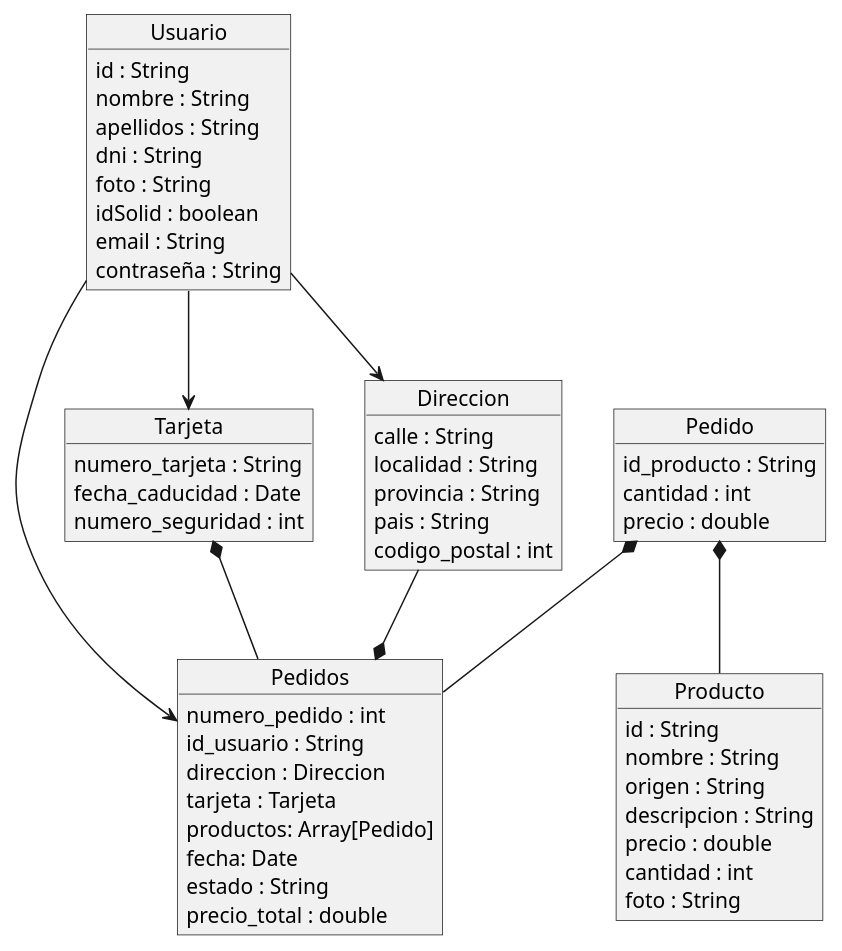
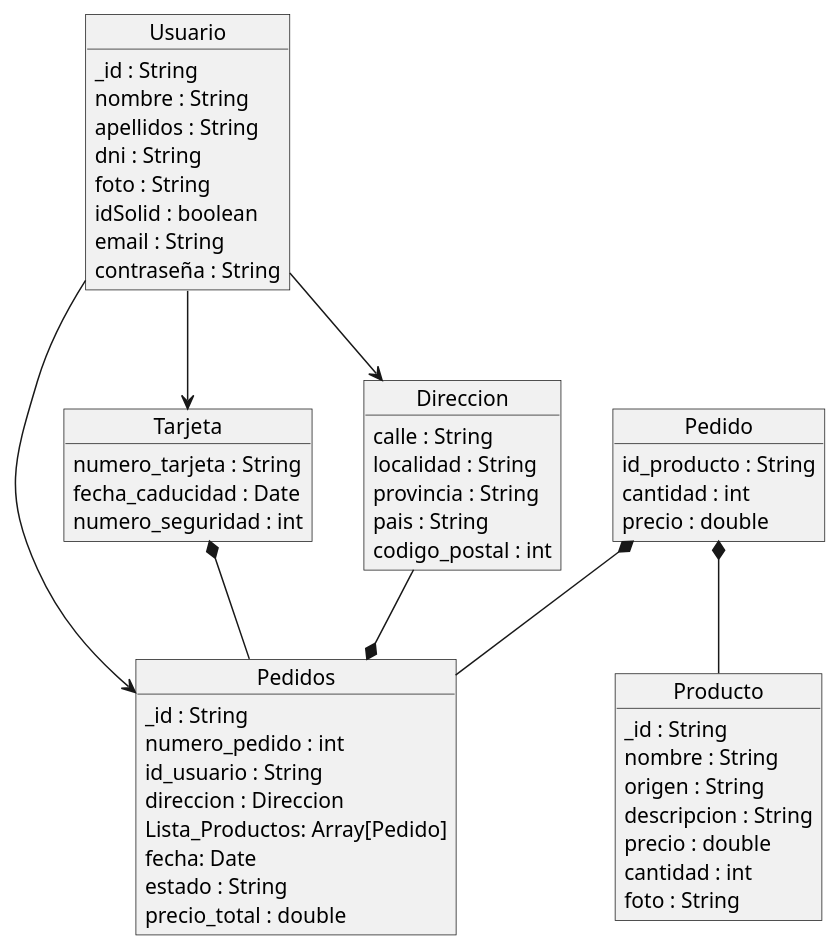
The diagram in docs/08_concepts.adoc (Arquisoft/Arquisoft-dede_es_02b), drawn with PlantUML before and after one commit. The commit also changed other lines of this file, not shown here.

```diff
--- a/docs/08_concepts.adoc
+++ b/docs/08_concepts.adoc
@@ -6,65 +50,65 @@
 [plantuml, "DomainModel", png]
 ----
 object Usuario{
-    id : String
+    _id : String
     nombre : String
     apellidos : String
     dni : String
     foto : String
     idSolid : boolean
     email : String
     contraseña : String
 }
 
 object Producto{
-    id : String
+    _id : String
     nombre : String
     origen : String
     descripcion : String
     precio : double
     cantidad : int
     foto : String
 }
 
 object Pedido{
     id_producto : String
     cantidad : int
     precio : double
 }
 
 object Pedidos{
+    _id : String
     numero_pedido : int
     id_usuario : String
     direccion : Direccion
-    tarjeta : Tarjeta
-    productos: Array[Pedido]
+    Lista_Productos: Array[Pedido]
     fecha: Date
     estado : String
     precio_total : double
 }
 
 object Tarjeta{
     numero_tarjeta : String
     fecha_caducidad : Date
     numero_seguridad : int
 }
 
 object Direccion{
     calle : String
     localidad : String
     provincia : String
     pais : String
     codigo_postal : int
 }
 
 
 Direccion --* Pedidos
 Usuario --> Pedidos
 Usuario --> Tarjeta
 Tarjeta *-- Pedidos
 Pedido *-- Producto
 Pedido *-- Pedidos
 Usuario --> Direccion
 
 
 ----
```
